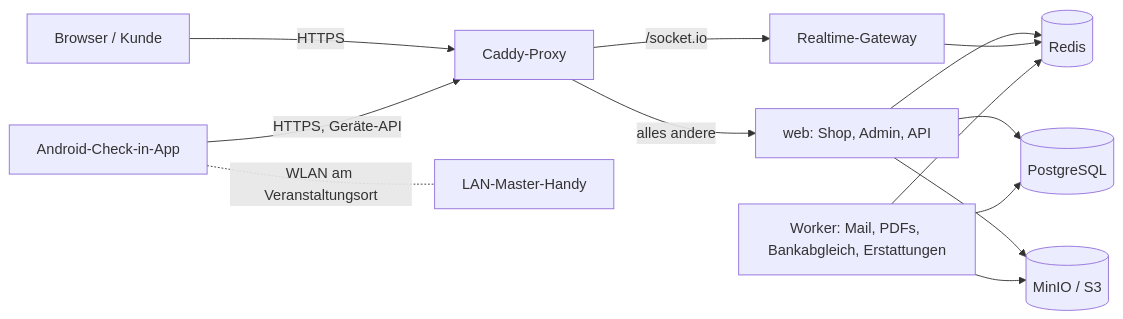
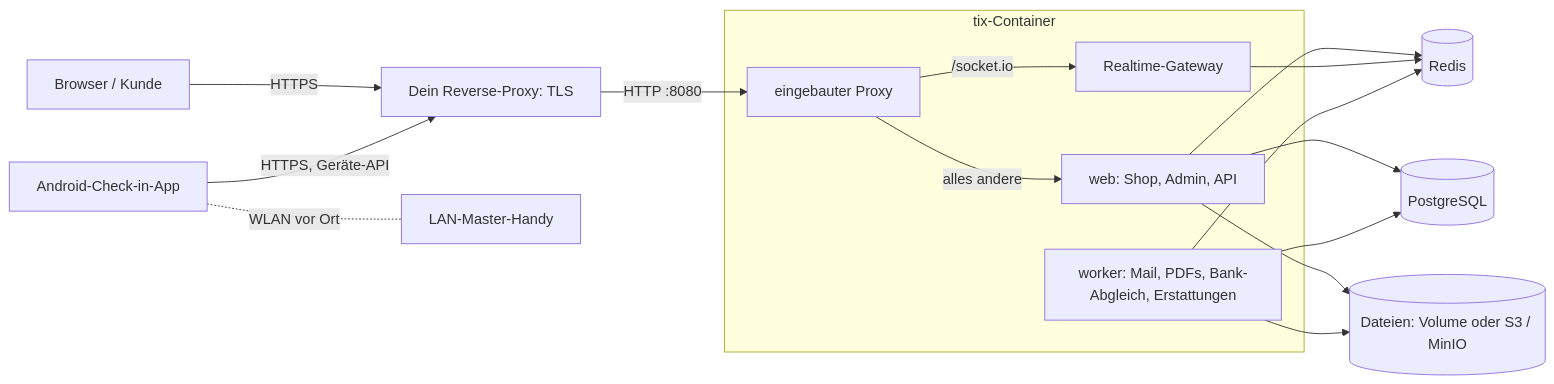
Before and after one commit to Renthner/tix-platform: the diagram in README.de.md, drawn with Mermaid. The commit also changed other lines of this file and 112 other files, not shown here.

````diff
--- a/README.de.md
+++ b/README.de.md
@@ -86,15 +86,19 @@
 ```mermaid
 flowchart LR
-  B[Browser / Kunde] -->|HTTPS| C[Caddy-Proxy]
-  A[Android-Check-in-App] -->|HTTPS, Geräte-API| C
-  C -->|/socket.io| R[Realtime-Gateway]
-  C -->|alles andere| W[web: Shop, Admin, API]
+  B[Browser / Kunde] -->|HTTPS| T[Dein Reverse-Proxy: TLS]
+  A[Android-Check-in-App] -->|HTTPS, Geräte-API| T
+  T -->|HTTP :8080| I
+  subgraph X[tix-Container]
+    I[eingebauter Proxy] -->|/socket.io| R[Realtime-Gateway]
+    I -->|alles andere| W[web: Shop, Admin, API]
+    K[worker: Mail, PDFs, Bank-Abgleich, Erstattungen]
+  end
   W --> P[(PostgreSQL)]
   W --> D[(Redis)]
-  W --> M[(MinIO / S3)]
+  W --> M[(Dateien: Volume oder S3 / MinIO)]
   R --> D
-  K[Worker: Mail, PDFs, Bankabgleich, Erstattungen] --> P
+  K --> P
   K --> D
   K --> M
-  A -.-|WLAN am Veranstaltungsort| L[LAN-Master-Handy]
+  A -.-|WLAN vor Ort| L[LAN-Master-Handy]
 ```
````
